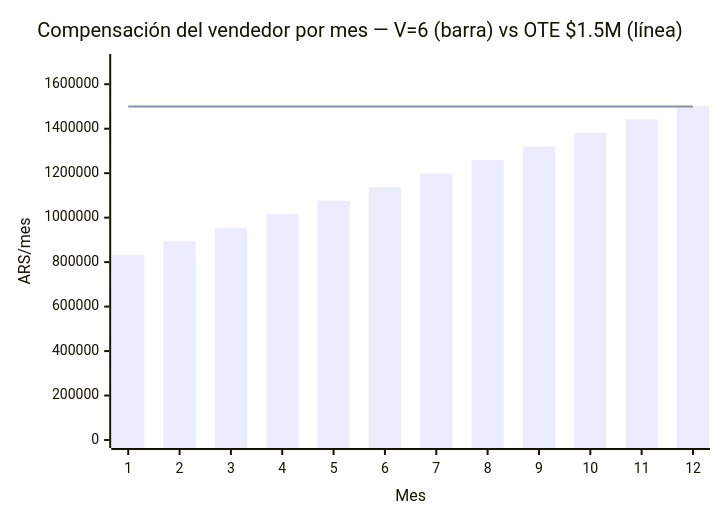
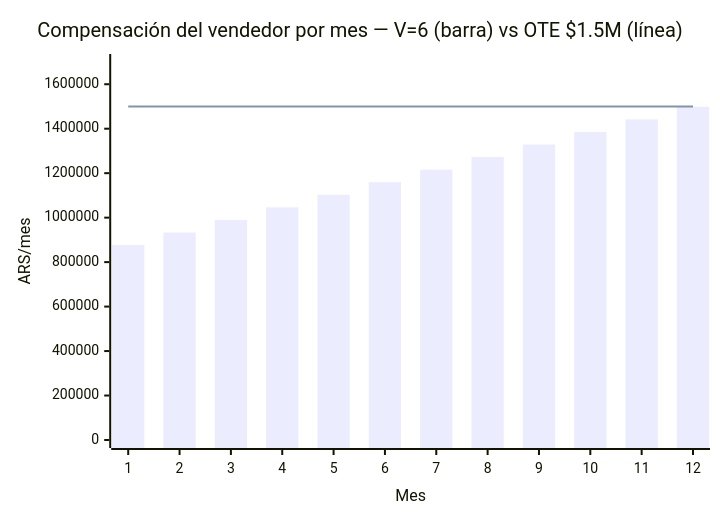
The second of 3 diagrams in vinotecas/lsp-vendedor.md (dantofema/comercial), drawn with Mermaid before and after one commit. The commit also changed other lines of this file and 1 other file, not shown here.

````diff
--- a/vinotecas/lsp-vendedor.md
+++ b/vinotecas/lsp-vendedor.md
@@ -128,8 +128,8 @@
 ```mermaid
 xychart-beta
     title "Compensación del vendedor por mes — V=6 (barra) vs OTE $1.5M (línea)"
     x-axis "Mes" [1,2,3,4,5,6,7,8,9,10,11,12]
     y-axis "ARS/mes" 0 --> 1700000
-    bar [832900,893800,954700,1015600,1076500,1137400,1198300,1259200,1320100,1381000,1441900,1502800]
+    bar [876550,933100,989650,1046200,1102750,1159300,1215850,1272400,1328950,1385500,1442050,1498600]
     line [1500000,1500000,1500000,1500000,1500000,1500000,1500000,1500000,1500000,1500000,1500000,1500000]
 ```
````
